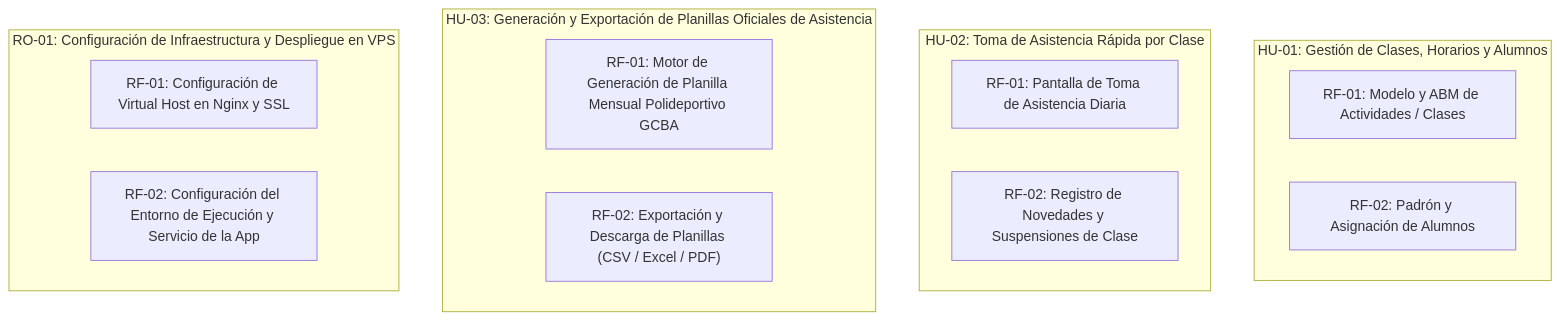
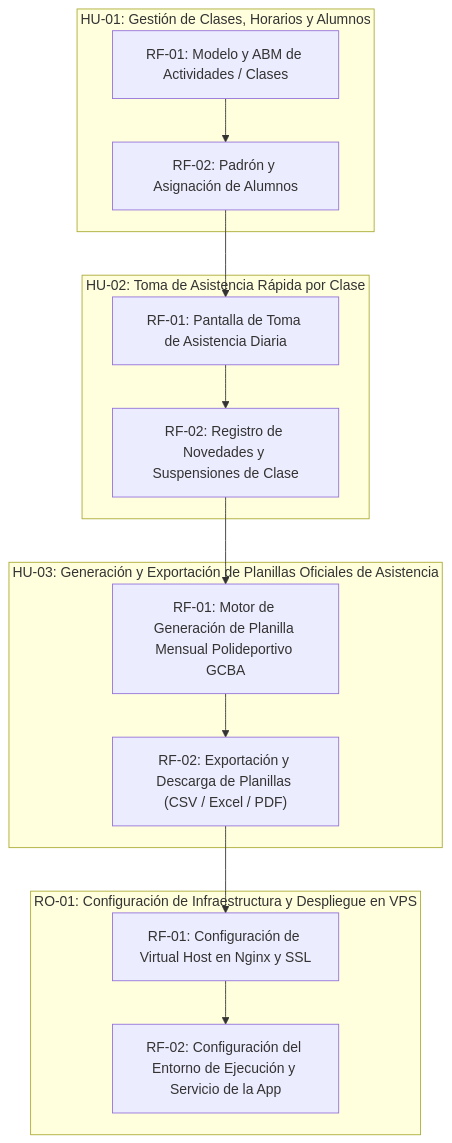
Before and after one commit to fiemcasals/fit: the diagram in scrumDocs/grafo.md, drawn with Mermaid. The commit also changed other lines of this file, not shown here.

Commit message:
Auto-publish: actualiza scrumDocs/grafo.md

````diff
--- a/scrumDocs/grafo.md
+++ b/scrumDocs/grafo.md
@@ -5,19 +5,26 @@
 ```mermaid
 graph TD
   subgraph US_1790948668521["HU-01: Gestión de Clases, Horarios y Alumnos"]
     REQ_1790949656542["RF-01: Modelo y ABM de Actividades / Clases"]
     REQ_1790949656650["RF-02: Padrón y Asignación de Alumnos"]
   end
   subgraph US_1790948668690["HU-02: Toma de Asistencia Rápida por Clase"]
     REQ_1790949656797["RF-01: Pantalla de Toma de Asistencia Diaria"]
     REQ_1790949656976["RF-02: Registro de Novedades y Suspensiones de Clase"]
   end
   subgraph US_1790948668768["HU-03: Generación y Exportación de Planillas Oficiales de Asistencia"]
     REQ_1790949657128["RF-01: Motor de Generación de Planilla Mensual Polideportivo GCBA"]
     REQ_1790949657258["RF-02: Exportación y Descarga de Planillas (CSV / Excel / PDF)"]
   end
   subgraph US_1790948668902["RO-01: Configuración de Infraestructura y Despliegue en VPS"]
     REQ_1790948668917["RF-01: Configuración de Virtual Host en Nginx y SSL"]
     REQ_1790949657375["RF-02: Configuración del Entorno de Ejecución y Servicio de la App"]
   end
+  REQ_1790949656542 --> REQ_1790949656650
+  REQ_1790949656650 --> REQ_1790949656797
+  REQ_1790949656797 --> REQ_1790949656976
+  REQ_1790949656976 --> REQ_1790949657128
+  REQ_1790949657128 --> REQ_1790949657258
+  REQ_1790949657258 --> REQ_1790948668917
+  REQ_1790948668917 --> REQ_1790949657375
 ```
````
